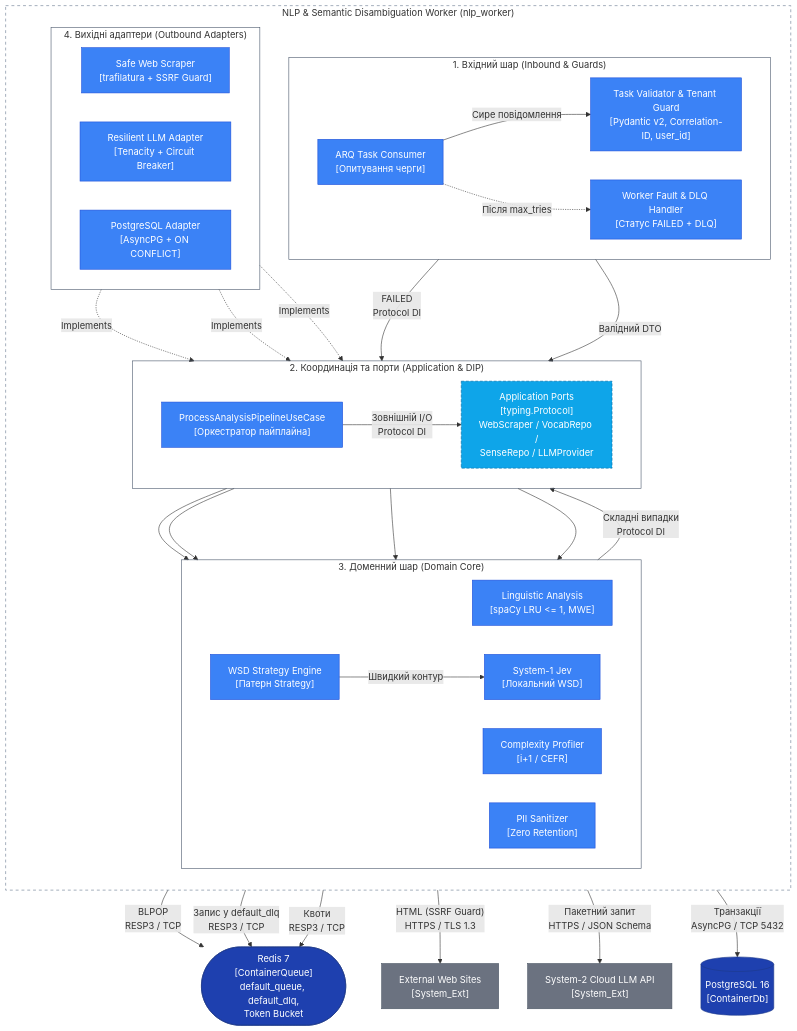
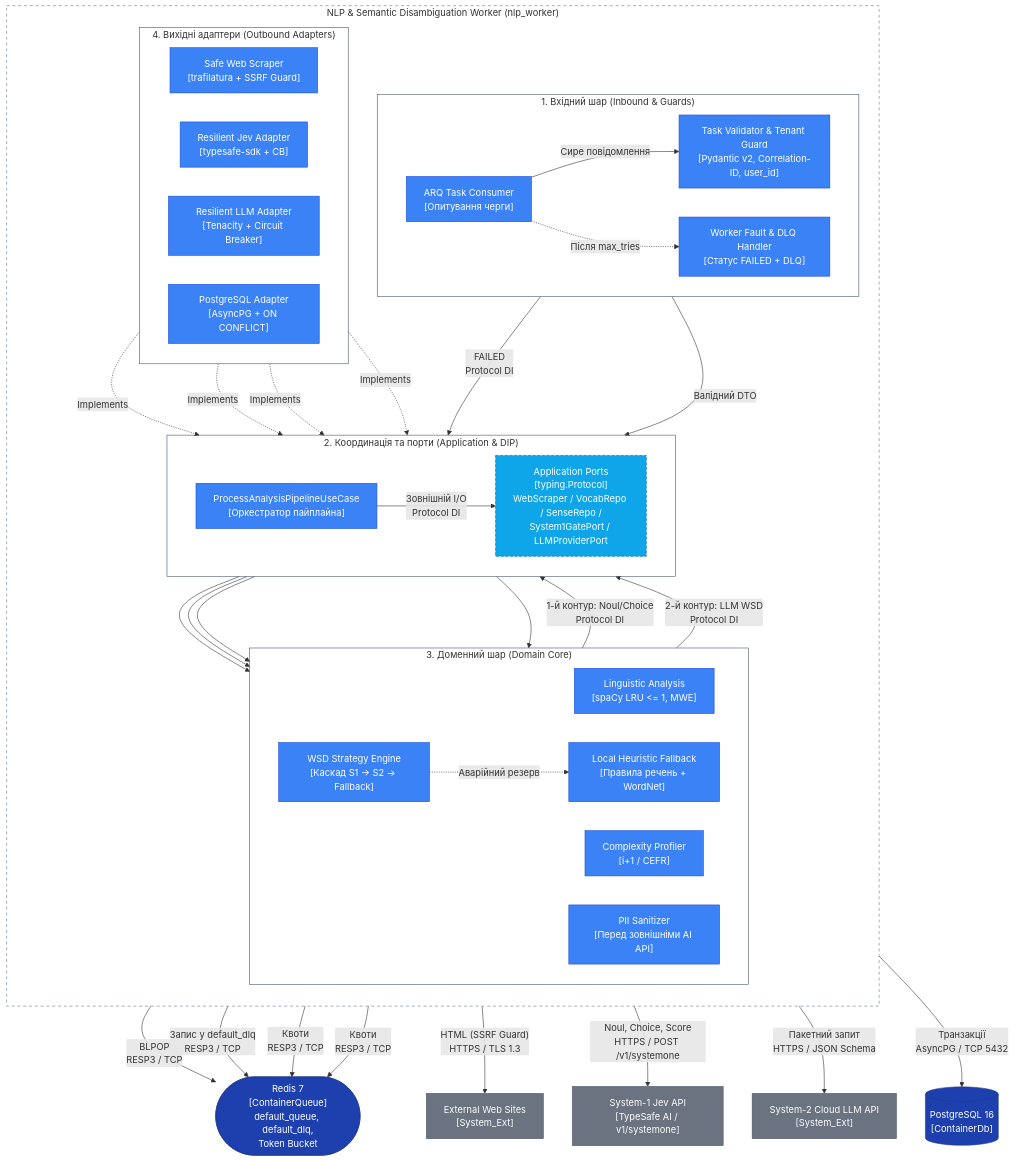
The third of 3 diagrams in docs/2_design.md (endi-27/F2-diploma-project), drawn with Mermaid before and after one commit. The commit also changed other lines of this file and 3 other files, not shown here.

Commit message:
docs(arch): model System-1 Jev (TypeSafe AI) accurately as external Decision API

```diff
--- a/docs/2_design.md
+++ b/docs/2_design.md
@@ -140,27 +145,29 @@
         subgraph AppCore["2. Координація та порти (Application & DIP)"]
             direction LR
             UseCase["ProcessAnalysisPipelineUseCase<br/>[Оркестратор пайплайна]"]:::comp
-            Ports["Application Ports<br/>[typing.Protocol]<br/>WebScraper / VocabRepo /<br/>SenseRepo / LLMProvider"]:::port
+            Ports["Application Ports<br/>[typing.Protocol]<br/>WebScraper / VocabRepo / SenseRepo /<br/>System1GatePort / LLMProviderPort"]:::port
         end
 
         subgraph Domain["3. Доменний шар (Domain Core)"]
             direction LR
             LingSvc["Linguistic Analysis<br/>[spaCy LRU <= 1, MWE]"]:::comp
             Profiler["Complexity Profiler<br/>[i+1 / CEFR]"]:::comp
-            PIIGuard["PII Sanitizer<br/>[Zero Retention]"]:::comp
-            WSDEngine["WSD Strategy Engine<br/>[Патерн Strategy]"]:::comp
-            Jev["System-1 Jev<br/>[Локальний WSD]"]:::comp
+            PIIGuard["PII Sanitizer<br/>[Перед зовнішніми AI API]"]:::comp
+            WSDEngine["WSD Strategy Engine<br/>[Каскад S1 -> S2 -> Fallback]"]:::comp
+            Heuristic["Local Heuristic Fallback<br/>[Правила речень + WordNet]"]:::comp
         end
 
         subgraph Outbound["4. Вихідні адаптери (Outbound Adapters)"]
             direction LR
             WebAdapter["Safe Web Scraper<br/>[trafilatura + SSRF Guard]"]:::comp
+            JevAdapter["Resilient Jev Adapter<br/>[typesafe-sdk + CB]"]:::comp
             LLMAdapter["Resilient LLM Adapter<br/>[Tenacity + Circuit Breaker]"]:::comp
             PGRepo["PostgreSQL Adapter<br/>[AsyncPG + ON CONFLICT]"]:::comp
         end
     end
 
     WebExt["External Web Sites<br/>[System_Ext]"]:::ext
+    JevExt["System-1 Jev API<br/>[TypeSafe AI / v1/systemone]"]:::ext
     LLMExt["System-2 Cloud LLM API<br/>[System_Ext]"]:::ext
     PG[("PostgreSQL 16<br/>[ContainerDb]")]:::db
 
@@ -177,14 +184,18 @@
     UseCase --> PIIGuard
     UseCase --> WSDEngine
 
-    WSDEngine -->|"Швидкий контур"| Jev
-    WSDEngine -->|"Складні випадки<br/>Protocol DI"| Ports
+    WSDEngine -->|"1-й контур: Noul/Choice<br/>Protocol DI"| Ports
+    WSDEngine -->|"2-й контур: LLM WSD<br/>Protocol DI"| Ports
+    WSDEngine -.->|"Аварійний резерв"| Heuristic
 
     WebAdapter -.->|"Implements"| Ports
+    JevAdapter -.->|"Implements"| Ports
     LLMAdapter -.->|"Implements"| Ports
     PGRepo -.->|"Implements"| Ports
 
     WebAdapter -->|"HTML (SSRF Guard)<br/>HTTPS / TLS 1.3"| WebExt
+    JevAdapter -->|"Квоти<br/>RESP3 / TCP"| RedisQ
+    JevAdapter -->|"Noul, Choice, Score<br/>HTTPS / POST /v1/systemone"| JevExt
     LLMAdapter -->|"Квоти<br/>RESP3 / TCP"| RedisQ
     LLMAdapter -->|"Пакетний запит<br/>HTTPS / JSON Schema"| LLMExt
     PGRepo -->|"Транзакції<br/>AsyncPG / TCP 5432"| PG
```
